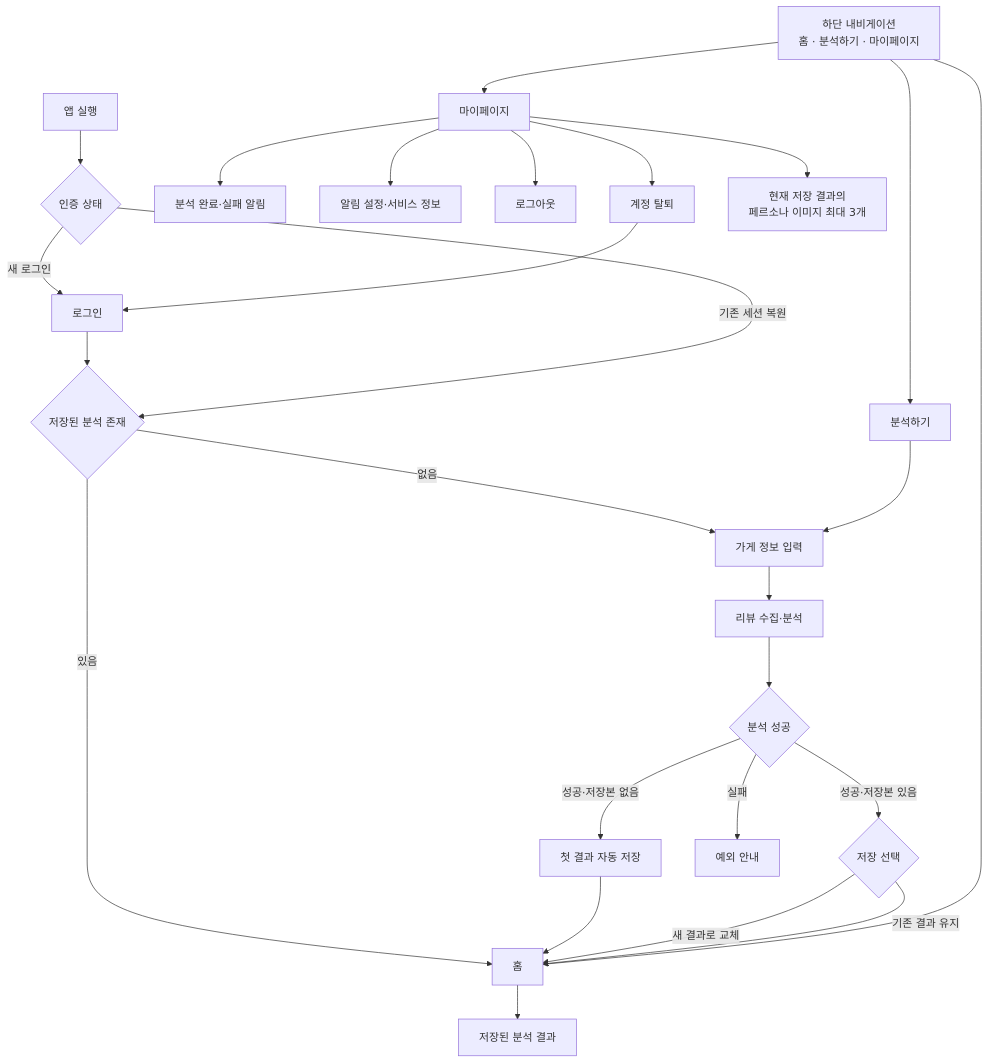
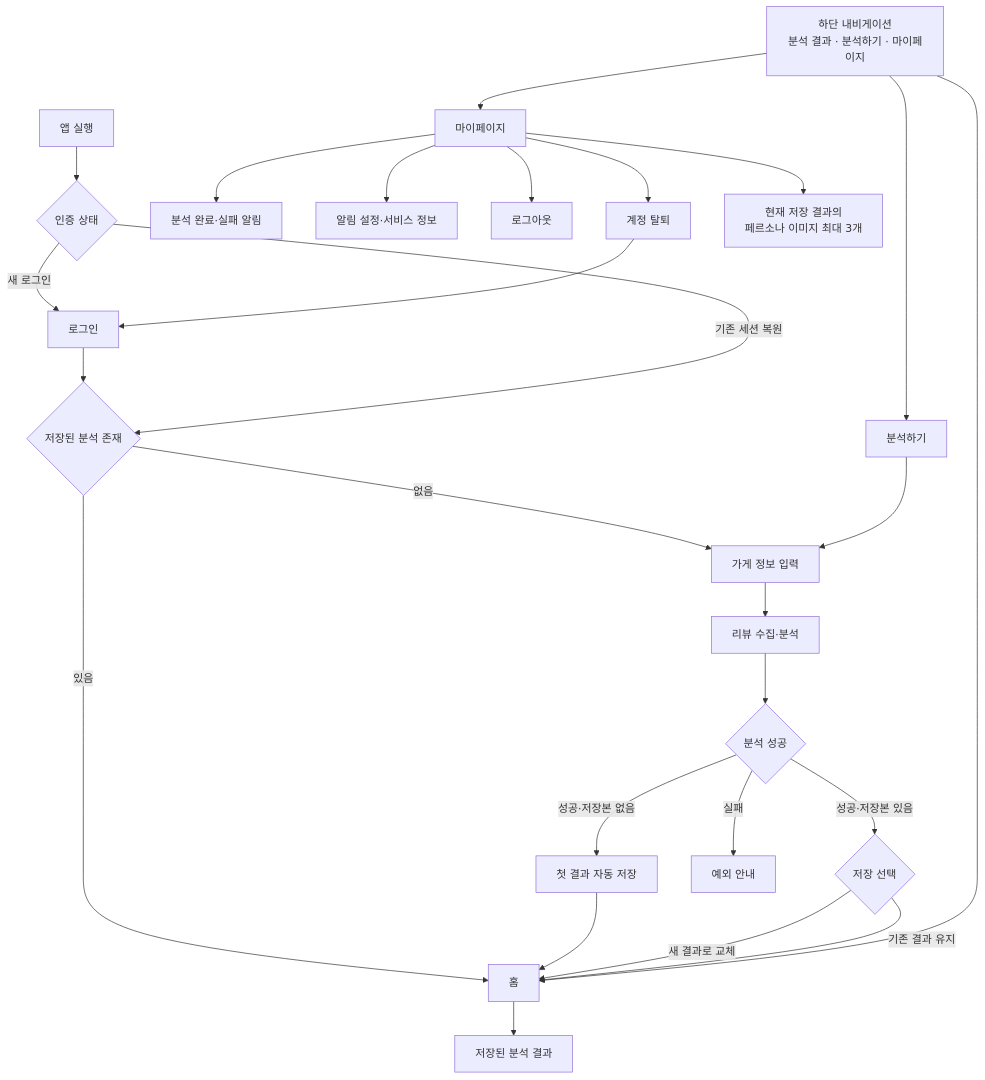
Before and after one commit to SKUnohtaekyung/PULSE_SCC: the first of 2 diagrams in docs/product/requirements/RESULT_IA.md, drawn with Mermaid. The commit also changed other lines of this file and 7 other files, not shown here.

````diff
--- a/docs/product/requirements/RESULT_IA.md
+++ b/docs/product/requirements/RESULT_IA.md
@@ -25,29 +25,29 @@
 ```mermaid
 flowchart TD
     A[앱 실행] --> B{인증 상태}
     B -- 새 로그인 --> C[로그인]
     C --> Z
     B -- 기존 세션 복원 --> Z{저장된 분석 존재}
     Z -- 있음 --> H[홈]
     Z -- 없음 --> D[가게 정보 입력]
     D --> E[리뷰 수집·분석]
     E --> F{분석 성공}
     F -- 성공·저장본 없음 --> G[첫 결과 자동 저장]
     G --> H
     F -- 성공·저장본 있음 --> R{저장 선택}
     R -- 새 결과로 교체 --> H
     R -- 기존 결과 유지 --> H
     F -- 실패 --> X[예외 안내]
 
     H --> H1[저장된 분석 결과]
-    N[하단 내비게이션<br/>홈 · 분석하기 · 마이페이지] --> H
+    N[하단 내비게이션<br/>분석 결과 · 분석하기 · 마이페이지] --> H
     N --> I[분석하기]
     I --> D
     N --> M[마이페이지]
     M --> M1[분석 완료·실패 알림]
     M --> M2[알림 설정·서비스 정보]
     M --> M3[로그아웃]
     M --> M5[계정 탈퇴]
     M --> M4[현재 저장 결과의<br/>페르소나 이미지 최대 3개]
     M5 --> C
 ```
````
